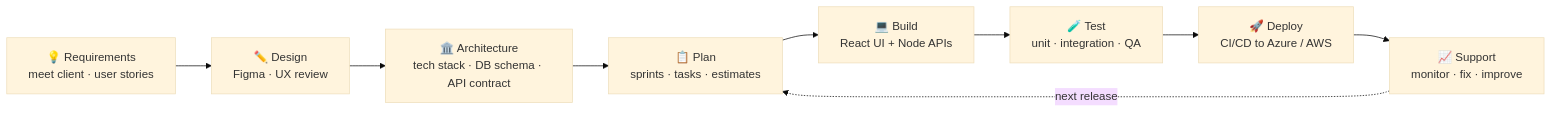
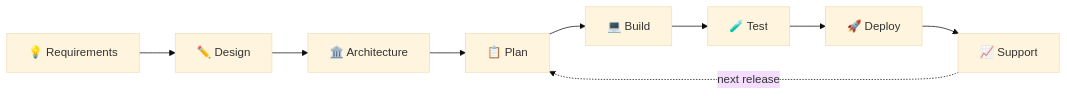
The third of 3 diagrams in README.md (shivanjali24-03/shivanjali24-03), drawn with Mermaid (base theme) before and after one commit. The commit also changed other lines of this file and 5 other files, not shown here.

````diff
--- a/README.md
+++ b/README.md
@@ -107,11 +224,11 @@
 ```mermaid
 flowchart LR
-    A[💡 Requirements<br/>meet client · user stories] --> B[✏️ Design<br/>Figma · UX review]
-    B --> C[🏛️ Architecture<br/>tech stack · DB schema · API contract]
-    C --> D[📋 Plan<br/>sprints · tasks · estimates]
-    D --> E[💻 Build<br/>React UI + Node APIs]
-    E --> F[🧪 Test<br/>unit · integration · QA]
-    F --> G[🚀 Deploy<br/>CI/CD to Azure / AWS]
-    G --> H[📈 Support<br/>monitor · fix · improve]
+    A[💡 Requirements] --> B[✏️ Design]
+    B --> C[🏛️ Architecture]
+    C --> D[📋 Plan]
+    D --> E[💻 Build]
+    E --> F[🧪 Test]
+    F --> G[🚀 Deploy]
+    G --> H[📈 Support]
     H -. next release .-> D
 ```
````
